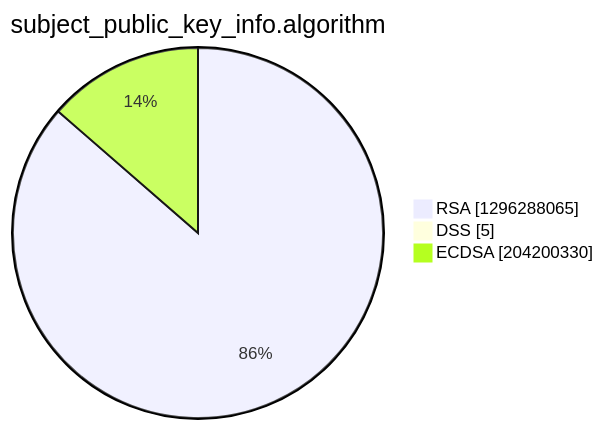
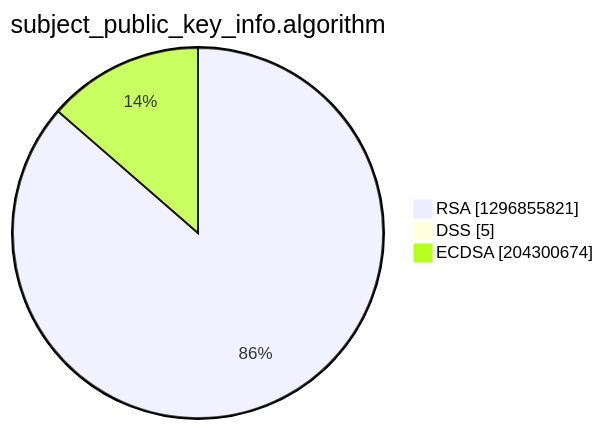
Before and after one commit to christiankrug/ctmonitor_visualization: the third of 15 diagrams in argon2022/README.md, drawn with Mermaid. The commit also changed other lines of this file, not shown here.

````diff
--- a/argon2022/README.md
+++ b/argon2022/README.md
@@ -14,7 +14,7 @@
 ```mermaid
 pie showData
 title subject_public_key_info.algorithm
-"RSA" :1296288065
+"RSA" :1296855821
 "DSS" :5
-"ECDSA" :204200330
+"ECDSA" :204300674
 ```
````
